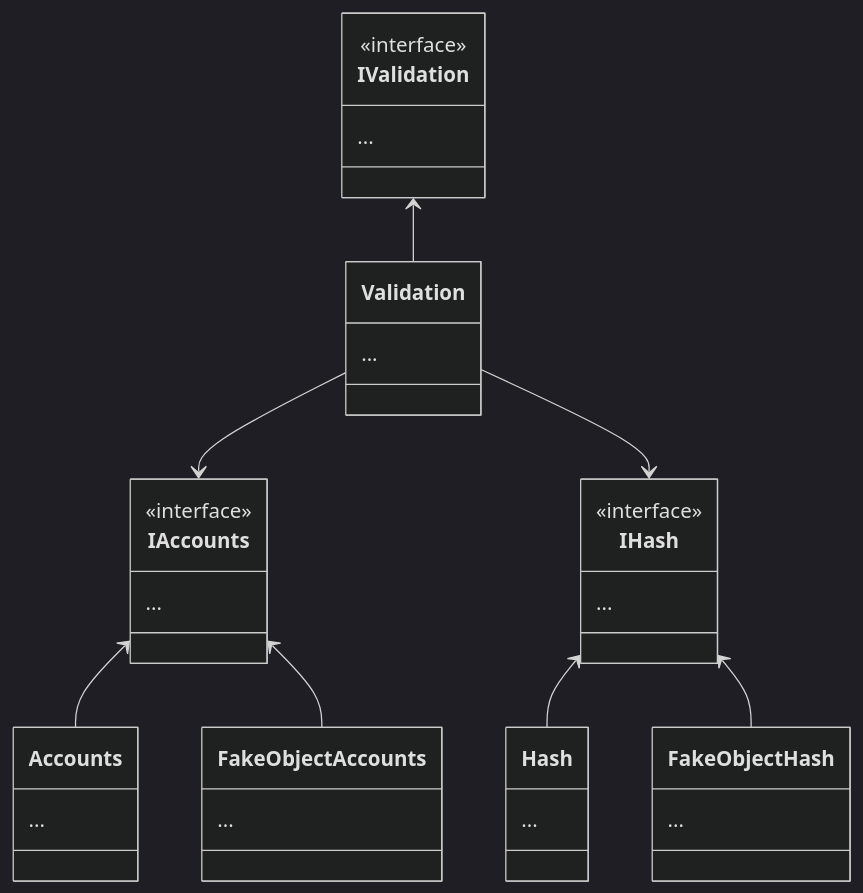
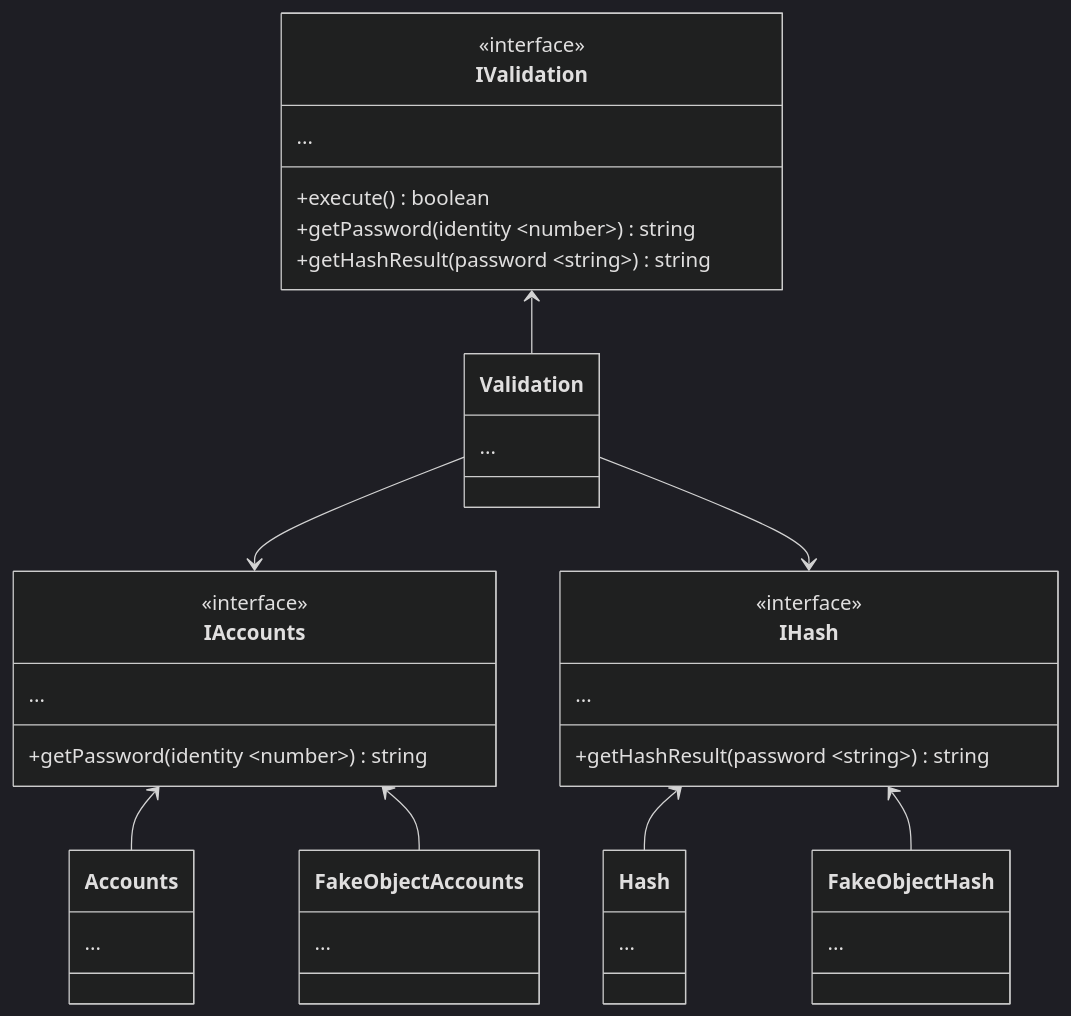
Before and after one commit to SiegeSailor/vault-personal: the fourth of 4 diagrams in master-notes/NOTE/docs/test/unit-test/principles.md, drawn with Mermaid (dark theme). The commit also changed other lines of this file and 5 other files, not shown here.

````diff
--- a/master-notes/NOTE/docs/test/unit-test/principles.md
+++ b/master-notes/NOTE/docs/test/unit-test/principles.md
@@ -254,38 +273,43 @@
 ```mermaid
 classDiagram
   direction TB
   class IValidation {
       <<interface>>
       ...
   }
+  IValidation : +execute() boolean
+  IValidation : +getPassword(identity ~number~) string
+  IValidation : +getHashResult(password ~string~) string
   class Validation {
       ...
   }
   class IAccounts {
       <<interface>>
       ...
   }
+  IAccounts : +getPassword(identity ~number~) string
   class IHash {
       <<interface>>
       ...
   }
+  IHash : +getHashResult(password ~string~) string
   class Accounts {
       ...
   }
   class Hash {
       ...
   }
   class FakeObjectAccounts {
       ...
   }
   class FakeObjectHash {
       ...
   }
   IValidation <-- Validation
   Validation --> IAccounts
   Validation --> IHash
   IAccounts <-- Accounts
   IAccounts <-- FakeObjectAccounts
   IHash <-- Hash
   IHash <-- FakeObjectHash
 ```
````
